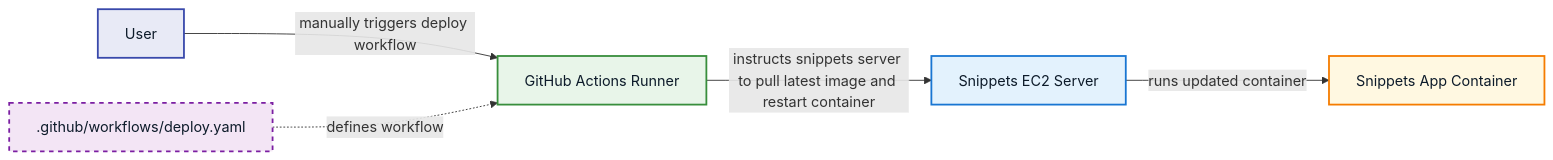
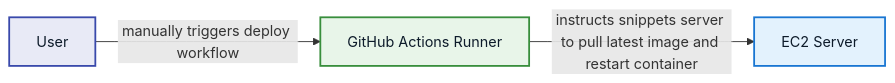
The third of 3 diagrams in README.md (zlederma-dev/snippets), drawn with Mermaid before and after one commit. The commit also changed other lines of this file, not shown here.

````diff
--- a/README.md
+++ b/README.md
@@ -55,14 +57,9 @@
 ```mermaid
 flowchart LR
   U[User] -->|manually triggers deploy workflow| RUN[GitHub Actions Runner]
-  RUN -->|instructs snippets server to pull latest image and restart container| EC2[Snippets EC2 Server]
-  EC2 -->|runs updated container| APP[Snippets App Container]
-
-  CFG[.github/workflows/deploy.yaml] -.defines workflow.-> RUN
+  RUN -->|instructs snippets server to pull latest image and restart container| EC2[EC2 Server] 
 
   style U    fill:#E8EAF6,stroke:#3949AB,stroke-width:2px,color:#0D1B2A
   style RUN  fill:#E8F5E9,stroke:#388E3C,stroke-width:2px,color:#0D1B2A
   style EC2  fill:#E3F2FD,stroke:#1976D2,stroke-width:2px,color:#0D1B2A
-  style APP  fill:#FFF8E1,stroke:#F57C00,stroke-width:2px,color:#0D1B2A
-  style CFG  fill:#F3E5F5,stroke:#7B1FA2,stroke-width:2px,stroke-dasharray: 5 5,color:#0D1B2A
   ```
````
